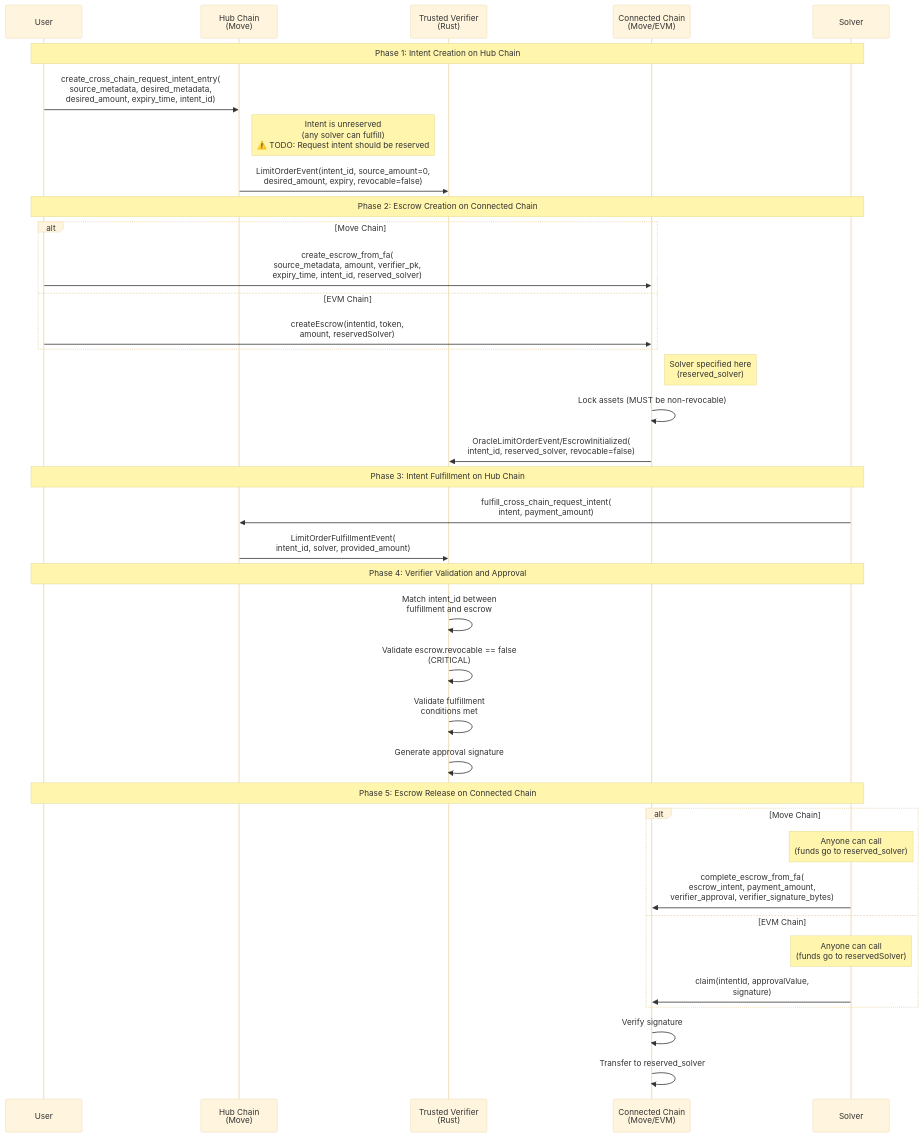
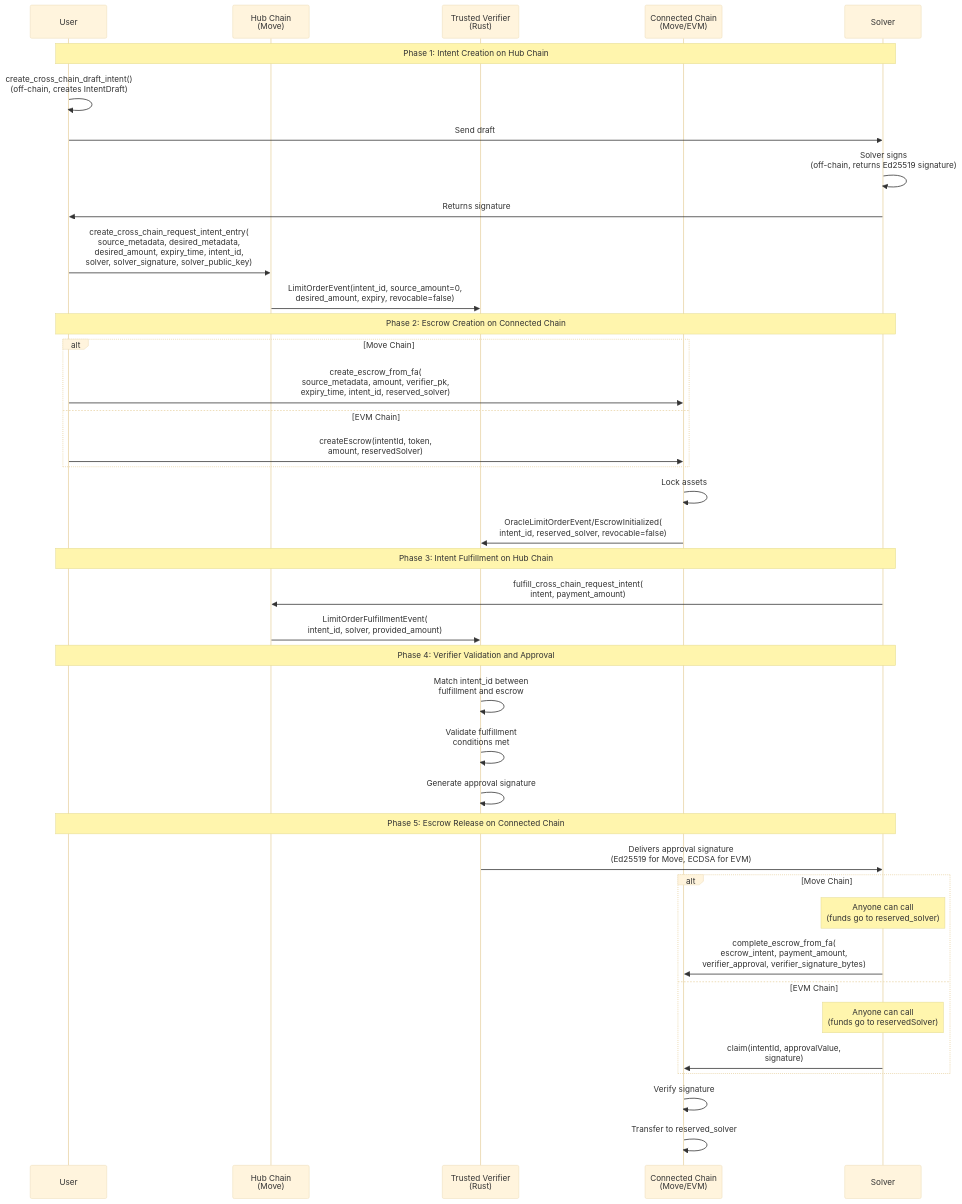
One commit to apenzk/int3nts changed the first of 2 diagrams in docs/protocol.md. Above: the diagram before and after it, drawn with Mermaid (base theme). The commit also changed other lines of this file and 48 other files, not shown here.

First line of the commit message:
feat: make cross-chain request intents reserved (#18)

````diff
--- a/docs/protocol.md
+++ b/docs/protocol.md
@@ -29,44 +29,46 @@
 ```mermaid
 sequenceDiagram
     participant User
     participant Hub as Hub Chain<br/>(Move)
     participant Verifier as Trusted Verifier<br/>(Rust)
     participant Connected as Connected Chain<br/>(Move/EVM)
     participant Solver
 
     Note over User,Solver: Phase 1: Intent Creation on Hub Chain
-    User->>Hub: create_cross_chain_request_intent_entry(<br/>source_metadata, desired_metadata,<br/>desired_amount, expiry_time, intent_id)
-    Note right of Hub: Intent is unreserved<br/>(any solver can fulfill)<br/>⚠️ TODO: Request intent should be reserved
+    User->>User: create_cross_chain_draft_intent()<br/>(off-chain, creates IntentDraft)
+    User->>Solver: Send draft
+    Solver->>Solver: Solver signs<br/>(off-chain, returns Ed25519 signature)
+    Solver->>User: Returns signature
+    User->>Hub: create_cross_chain_request_intent_entry(<br/>source_metadata, desired_metadata,<br/>desired_amount, expiry_time, intent_id,<br/>solver, solver_signature, solver_public_key)
     Hub->>Verifier: LimitOrderEvent(intent_id, source_amount=0,<br/>desired_amount, expiry, revocable=false)
 
     Note over User,Solver: Phase 2: Escrow Creation on Connected Chain
     alt Move Chain
         User->>Connected: create_escrow_from_fa(<br/>source_metadata, amount, verifier_pk,<br/>expiry_time, intent_id, reserved_solver)
     else EVM Chain
         User->>Connected: createEscrow(intentId, token,<br/>amount, reservedSolver)
     end
-    Note right of Connected: Solver specified here<br/>(reserved_solver)
-    Connected->>Connected: Lock assets (MUST be non-revocable)
+    Connected->>Connected: Lock assets
     Connected->>Verifier: OracleLimitOrderEvent/EscrowInitialized(<br/>intent_id, reserved_solver, revocable=false)
 
     Note over User,Solver: Phase 3: Intent Fulfillment on Hub Chain
     Solver->>Hub: fulfill_cross_chain_request_intent(<br/>intent, payment_amount)
     Hub->>Verifier: LimitOrderFulfillmentEvent(<br/>intent_id, solver, provided_amount)
 
     Note over User,Solver: Phase 4: Verifier Validation and Approval
     Verifier->>Verifier: Match intent_id between<br/>fulfillment and escrow
-    Verifier->>Verifier: Validate escrow.revocable == false<br/>(CRITICAL)
     Verifier->>Verifier: Validate fulfillment<br/>conditions met
     Verifier->>Verifier: Generate approval signature
 
     Note over User,Solver: Phase 5: Escrow Release on Connected Chain
+    Verifier->>Solver: Delivers approval signature<br/>(Ed25519 for Move, ECDSA for EVM)
     alt Move Chain
         Note over Solver: Anyone can call<br/>(funds go to reserved_solver)
         Solver->>Connected: complete_escrow_from_fa(<br/>escrow_intent, payment_amount,<br/>verifier_approval, verifier_signature_bytes)
     else EVM Chain
         Note over Solver: Anyone can call<br/>(funds go to reservedSolver)
         Solver->>Connected: claim(intentId, approvalValue,<br/>signature)
     end
     Connected->>Connected: Verify signature
     Connected->>Connected: Transfer to reserved_solver
 ```
````
